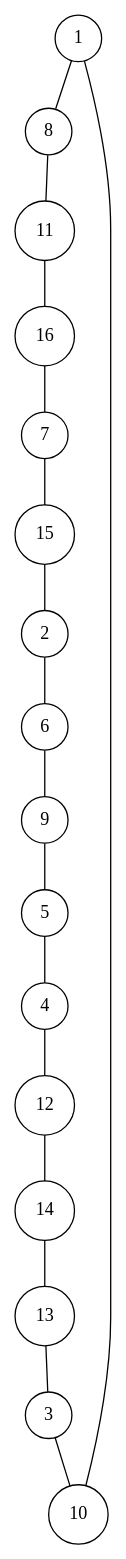
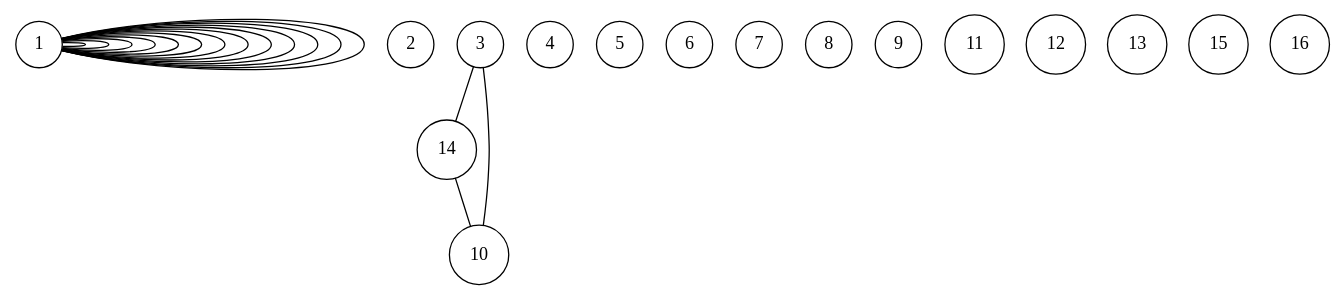
Before and after one commit to lugot/tsp-approximation: the diagram in data_tsplib/ulysses16/ulysses16.0.dot, drawn with Graphviz. The commit also changed 23 other files, not shown here.

```diff
--- a/data_tsplib/ulysses16/ulysses16.0.dot
+++ b/data_tsplib/ulysses16/ulysses16.0.dot
@@ -1,36 +1,36 @@
 graph ulysses16 {
 	node [shape=circle fillcolor=white]
 	1 [ pos = "18.549600,9.905409!"]
 	2 [ pos = "19.194761,12.684938!"]
 	3 [ pos = "19.674994,12.282319!"]
 	4 [ pos = "17.589134,11.215135!"]
 	5 [ pos = "16.240602,5.112782!"]
 	6 [ pos = "18.219743,5.913170!"]
 	7 [ pos = "18.636915,6.359447!"]
 	8 [ pos = "18.200340,9.915110!"]
 	9 [ pos = "20.000000,4.414261!"]
 	10 [ pos = "19.970895,6.330342!"]
 	11 [ pos = "17.501819,-2.527286!"]
 	12 [ pos = "18.661169,7.339316!"]
 	13 [ pos = "18.505942,7.446034!"]
 	14 [ pos = "18.195489,7.358719!"]
 	15 [ pos = "17.215620,6.946398!"]
 	16 [ pos = "19.092894,9.488237!"]
 
-	13 -- 3
-	3 -- 10
-	10 -- 1
-	1 -- 8
-	8 -- 11
-	11 -- 16
-	16 -- 7
-	7 -- 15
-	15 -- 2
-	2 -- 6
-	6 -- 9
-	9 -- 5
-	5 -- 4
-	4 -- 12
-	12 -- 14
-	14 -- 13
+	14 -- 10
+	10 -- 3
+	3 -- 14
+	1 -- 1
+	1 -- 1
+	1 -- 1
+	1 -- 1
+	1 -- 1
+	1 -- 1
+	1 -- 1
+	1 -- 1
+	1 -- 1
+	1 -- 1
+	1 -- 1
+	1 -- 1
+	1 -- 1
 }
```
